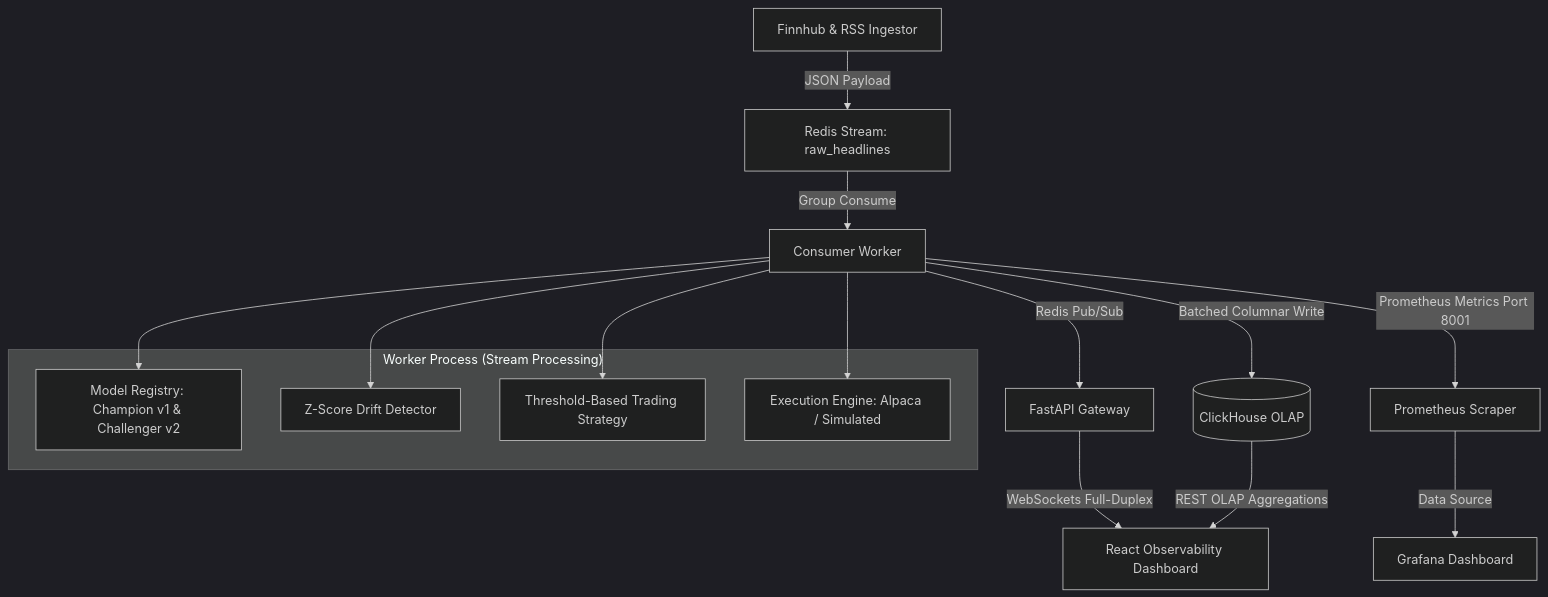
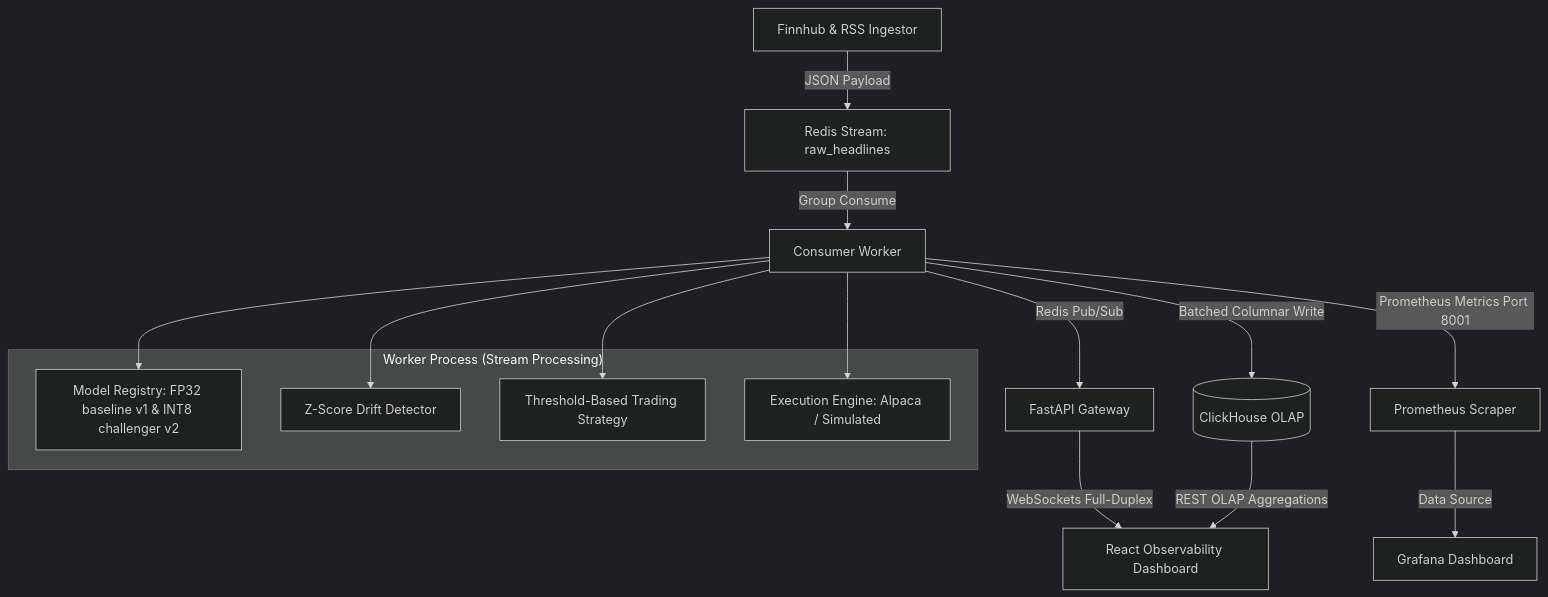
Before and after one commit to Rutujaa-04/Sentistream: the diagram in README.md, drawn with Mermaid (dark theme). The commit also changed other lines of this file and 13 other files, not shown here.

````diff
--- a/README.md
+++ b/README.md
@@ -55,25 +54,25 @@
 ```mermaid
 graph TD
     Ingestor[Finnhub & RSS Ingestor] -->|JSON Payload| Redis[Redis Stream: raw_headlines]
     Redis -->|Group Consume| Worker[Consumer Worker]
     
     subgraph "Worker Process (Stream Processing)"
-        ModelRegistry[Model Registry: Champion v1 & Challenger v2]
+        ModelRegistry[Model Registry: FP32 baseline v1 & INT8 challenger v2]
         DriftDetector[Z-Score Drift Detector]
         Strategy[Threshold-Based Trading Strategy]
         ExecutionEngine[Execution Engine: Alpaca / Simulated]
     end
     
     Worker --> ModelRegistry
     Worker --> DriftDetector
     Worker --> Strategy
     Worker --> ExecutionEngine
     
     Worker -->|Batched Columnar Write| ClickHouse[(ClickHouse OLAP)]
     Worker -->|Prometheus Metrics Port 8001| Prometheus[Prometheus Scraper]
     Worker -->|Redis Pub/Sub| Gateway[FastAPI Gateway]
     
     Gateway -->|WebSockets Full-Duplex| ReactUI[React Observability Dashboard]
     ClickHouse -->|REST OLAP Aggregations| ReactUI
     Prometheus -->|Data Source| Grafana[Grafana Dashboard]
 ```
````
